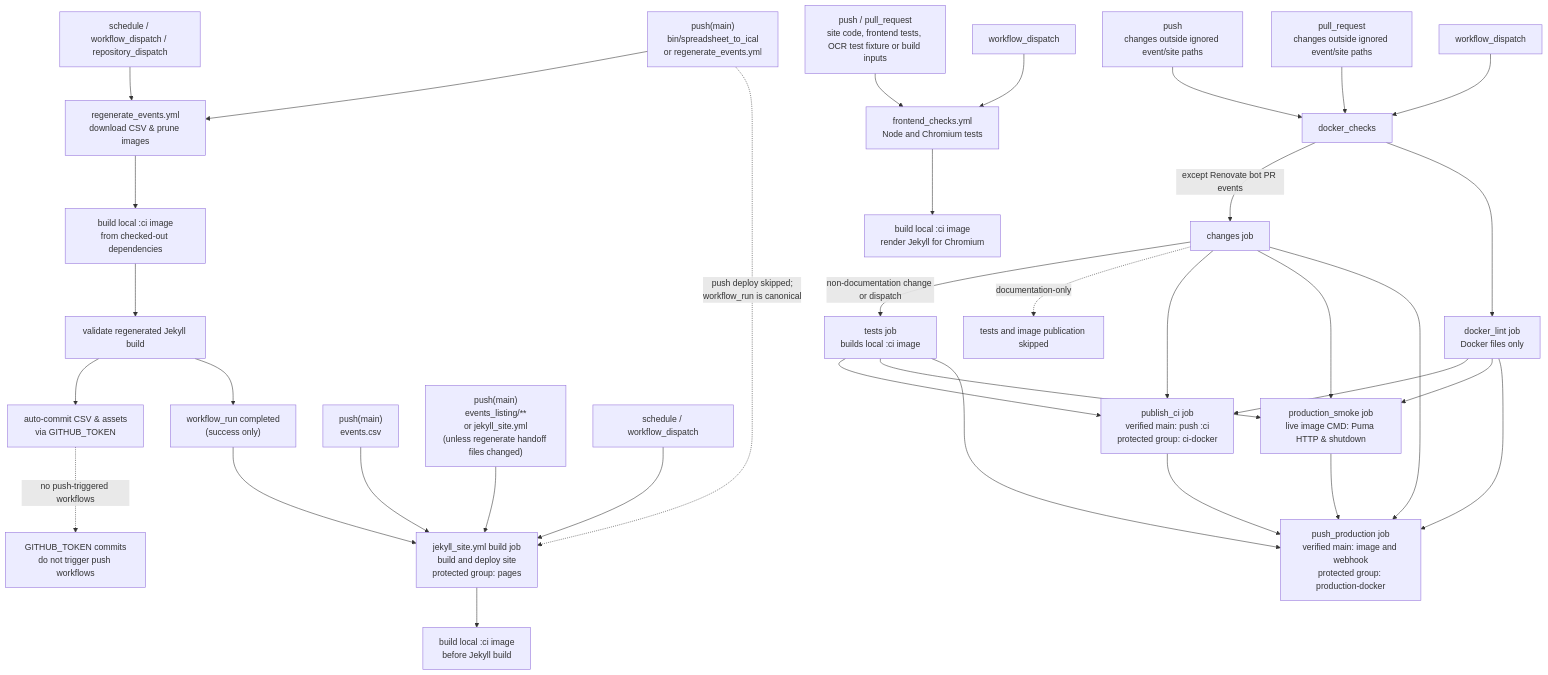
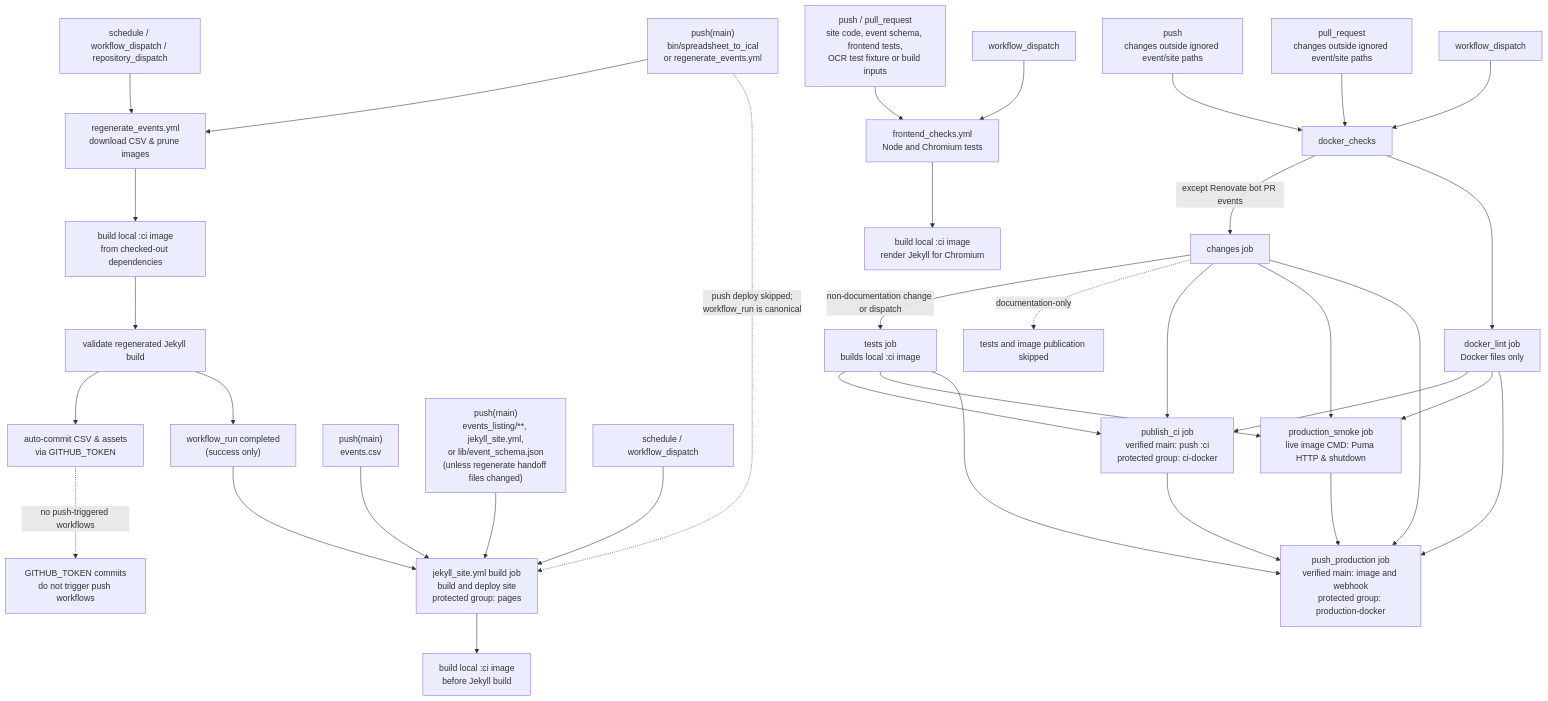
Before and after one commit to zewelor/ps_events: the diagram in .github/workflows/README.md, drawn with Mermaid. The commit also changed other lines of this file and 12 other files, not shown here.

First line of the commit message:
Render add-event form constraints from the event schema

````diff
--- a/.github/workflows/README.md
+++ b/.github/workflows/README.md
@@ -9,44 +9,44 @@
 ```mermaid
 flowchart TD
     push_regen["push(main)<br/>bin/spreadsheet_to_ical<br/>or regenerate_events.yml"] --> regenerate["regenerate_events.yml<br/>download CSV & prune images"]
     schedule_regen["schedule / workflow_dispatch / repository_dispatch"] --> regenerate
 
     regenerate --> regen_image["build local :ci image<br/>from checked-out dependencies"]
     regen_image --> regen_validate["validate regenerated Jekyll build"]
     regen_validate --> regen_commit["auto-commit CSV & assets<br/>via GITHUB_TOKEN"]
     regen_validate --> regen_complete["workflow_run completed<br/>(success only)"]
     regen_complete --> jekyll["jekyll_site.yml build job<br/>build and deploy site<br/>protected group: pages"]
 
     regen_commit -. no push-triggered workflows .-> token_note["GITHUB_TOKEN commits<br/>do not trigger push workflows"]
     push_regen -. push deploy skipped;<br/>workflow_run is canonical .-> jekyll
 
     push_events["push(main)<br/>events.csv"] --> jekyll
 
-    push_site["push(main)<br/>events_listing/**<br/>or jekyll_site.yml<br/>(unless regenerate handoff files changed)"] --> jekyll
+    push_site["push(main)<br/>events_listing/**, jekyll_site.yml,<br/>or lib/event_schema.json<br/>(unless regenerate handoff files changed)"] --> jekyll
     schedule_site["schedule / workflow_dispatch"] --> jekyll
     jekyll --> site_image["build local :ci image<br/>before Jekyll build"]
 
-    frontend_change["push / pull_request<br/>site code, frontend tests, OCR test fixture or build inputs"] --> frontend_checks["frontend_checks.yml<br/>Node and Chromium tests"]
+    frontend_change["push / pull_request<br/>site code, event schema, frontend tests,<br/>OCR test fixture or build inputs"] --> frontend_checks["frontend_checks.yml<br/>Node and Chromium tests"]
     dispatch_frontend["workflow_dispatch"] --> frontend_checks
     frontend_checks --> frontend_image["build local :ci image<br/>render Jekyll for Chromium"]
 
     push_backend["push<br/>changes outside ignored event/site paths"] --> docker_checks
     pr_backend["pull_request<br/>changes outside ignored event/site paths"] --> docker_checks
     dispatch_backend["workflow_dispatch"] --> docker_checks
 
     docker_checks -->|except Renovate bot PR events| docker_changes["changes job"]
     docker_changes -->|non-documentation change or dispatch| docker_tests["tests job<br/>builds local :ci image"]
     docker_changes -. documentation-only .-> docker_docs["tests and image publication skipped"]
     docker_checks --> docker_lint["docker_lint job<br/>Docker files only"]
     docker_tests --> docker_ci["publish_ci job<br/>verified main: push :ci<br/>protected group: ci-docker"]
     docker_changes --> docker_ci
     docker_lint --> docker_ci
     docker_tests --> docker_smoke["production_smoke job<br/>live image CMD: Puma HTTP & shutdown"]
     docker_changes --> docker_smoke
     docker_lint --> docker_smoke
     docker_ci --> docker_production["push_production job<br/>verified main: image and webhook<br/>protected group: production-docker"]
     docker_smoke --> docker_production
     docker_changes --> docker_production
     docker_tests --> docker_production
     docker_lint --> docker_production
 ```
````
